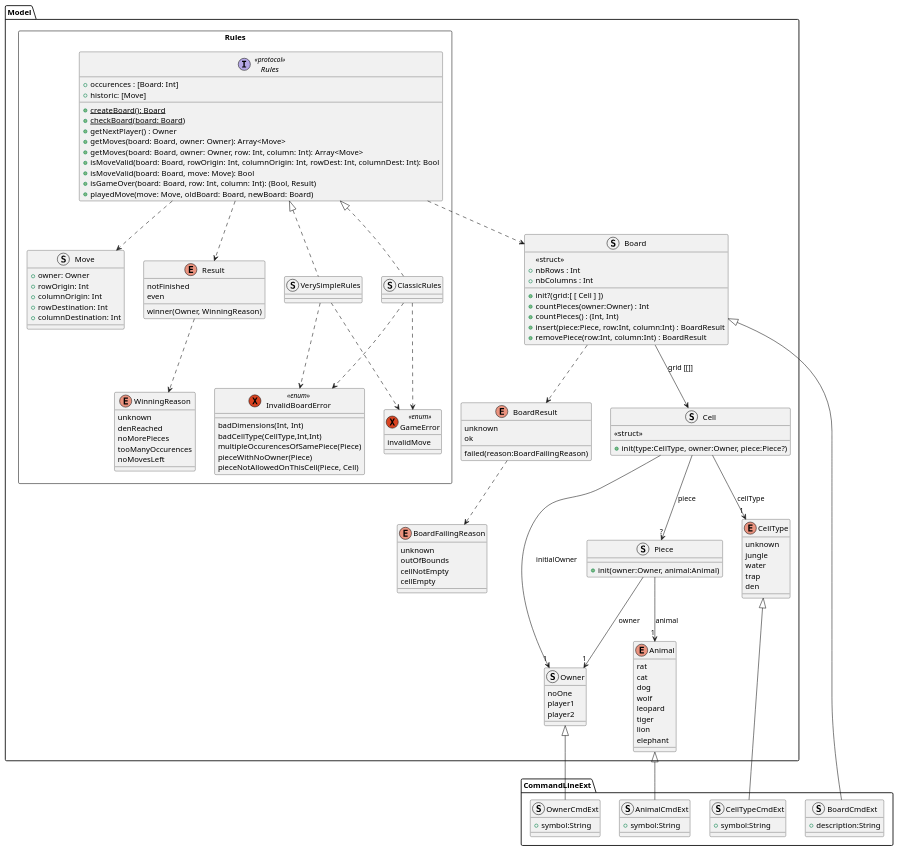
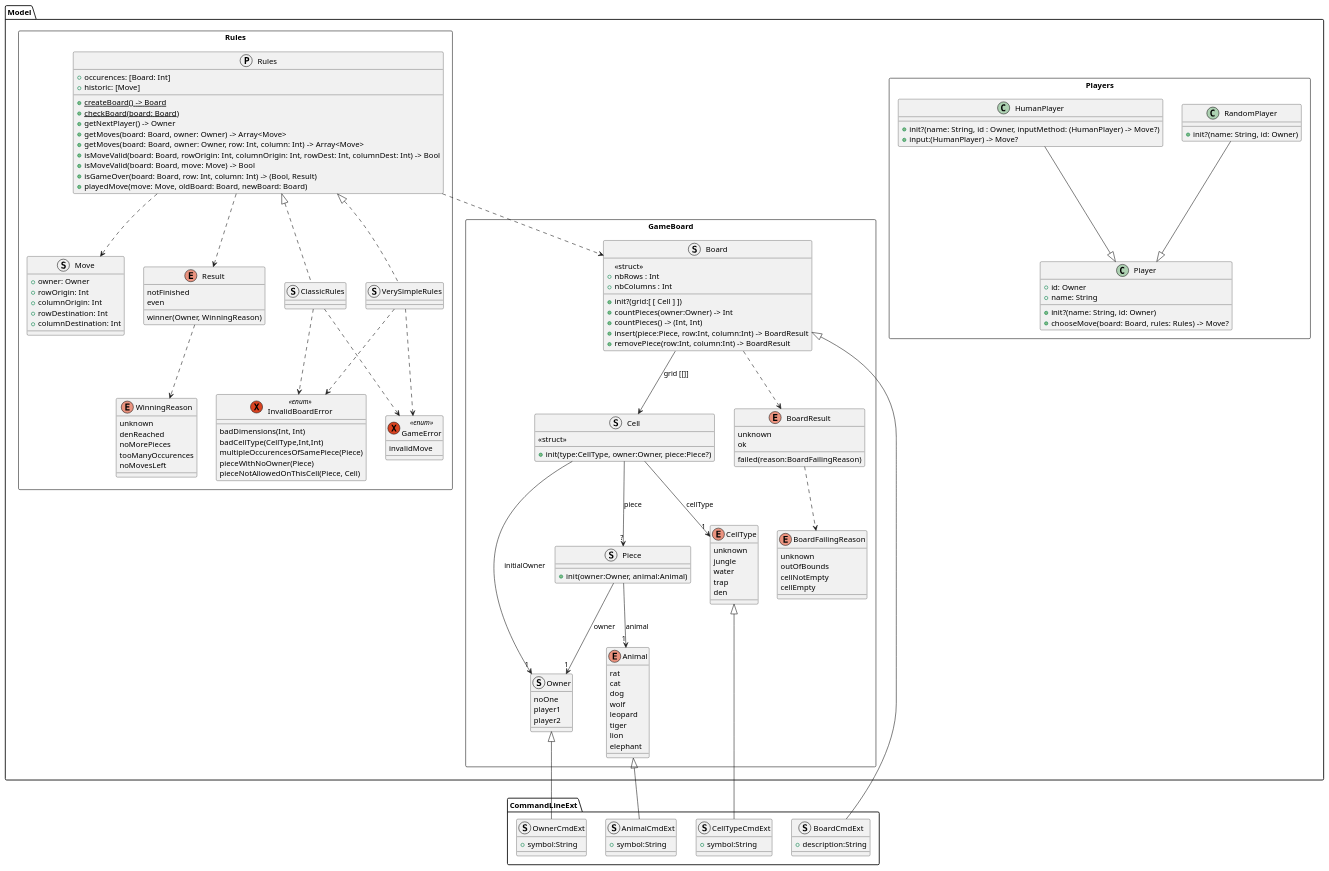
Before and after one commit to axdelafuen/doushouqi: the second of 2 diagrams in README.md, drawn with PlantUML.

Commit message:
:memo: update class diagram

```diff
--- a/README.md
+++ b/README.md
@@ -76,15 +76,16 @@
 @startuml
 
 package Model {
+package GameBoard <<Rectangle>> {
     struct Board {
         <<struct>>
         +nbRows : Int
         +nbColumns : Int
         +init?(grid:[ [ Cell ] ])
-        +countPieces(owner:Owner) : Int
-        +countPieces() : (Int, Int)
-        +insert(piece:Piece, row:Int, column:Int) : BoardResult
-        +removePiece(row:Int, column:Int) : BoardResult
+        +countPieces(owner:Owner) -> Int
+        +countPieces() -> (Int, Int)
+        +insert(piece:Piece, row:Int, column:Int) -> BoardResult
+        +removePiece(row:Int, column:Int) -> BoardResult
     }
 
     struct Cell {
@@ -133,19 +134,41 @@
     struct Piece {
         +init(owner:Owner, animal:Animal)
     }
+}
+
+    package Players <<Rectangle>> {
+        class Player {
+	    +id: Owner
+	    +name: String
+	    +init?(name: String, id: Owner)
+	    +chooseMove(board: Board, rules: Rules) -> Move?
+	}
+	
+	class RandomPlayer {
+	    +init?(name: String, id: Owner)
+	}
+	
+	class HumanPlayer {
+	    +init?(name: String, id : Owner, inputMethod: (HumanPlayer) -> Move?)
+	    +input:(HumanPlayer) -> Move?
+	}
+	
+	RandomPlayer --|> Player
+	HumanPlayer --|> Player
+    }
 
     package Rules <<Rectangle>> {
-       interface Rules <<protocol>> {
-	    {static} +createBoard(): Board
+       protocol Rules {
+	    {static} +createBoard() -> Board
 	    {static} +checkBoard(board: Board)
-	    +getNextPlayer() : Owner
-	    +getMoves(board: Board, owner: Owner): Array<Move>
-	    +getMoves(board: Board, owner: Owner, row: Int, column: Int): Array<Move>
-	    +isMoveValid(board: Board, rowOrigin: Int, columnOrigin: Int, rowDest: Int, columnDest: Int): Bool
-	    +isMoveValid(board: Board, move: Move): Bool
-	    +isGameOver(board: Board, row: Int, column: Int): (Bool, Result)  
+	    +getNextPlayer() -> Owner
+	    +getMoves(board: Board, owner: Owner) -> Array<Move>
+	    +getMoves(board: Board, owner: Owner, row: Int, column: Int) -> Array<Move>
+	    +isMoveValid(board: Board, rowOrigin: Int, columnOrigin: Int, rowDest: Int, columnDest: Int) -> Bool
+	    +isMoveValid(board: Board, move: Move) -> Bool
+	    +isGameOver(board: Board, row: Int, column: Int) -> (Bool, Result)  
 	    +playedMove(move: Move, oldBoard: Board, newBoard: Board)
-	    +occurences : [Board: Int]
+	    +occurences: [Board: Int]
 	    +historic: [Move]
 	}
 
```
